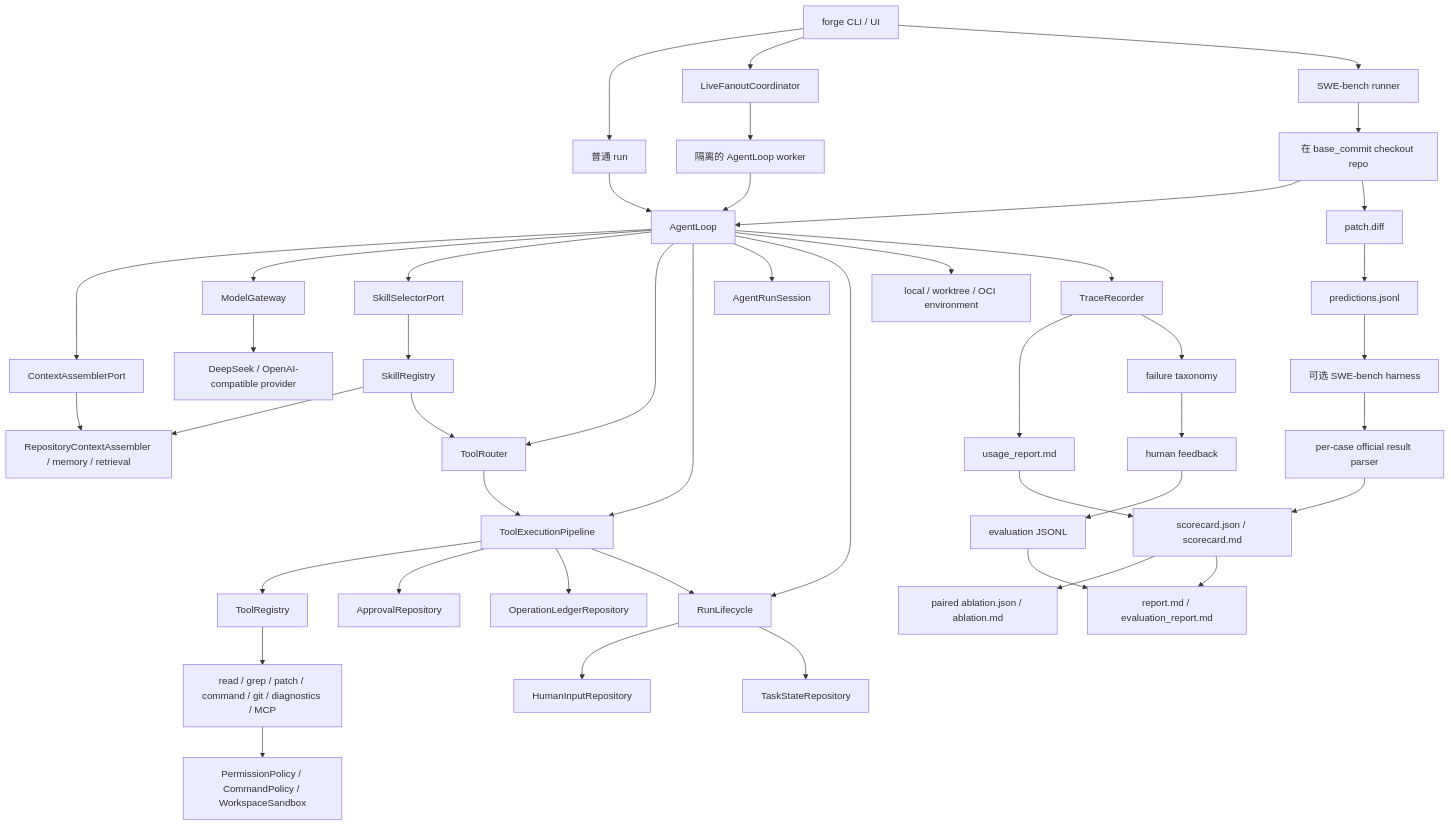
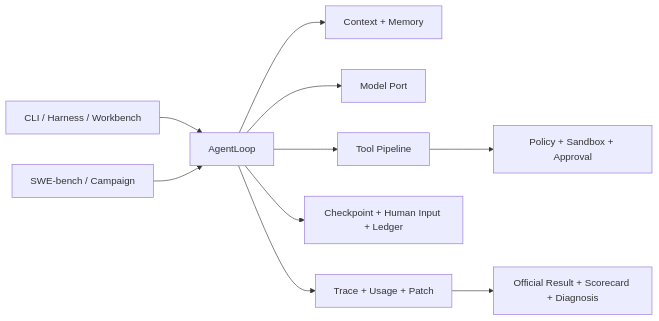
Before and after one commit to semi-hollow/NanoHarness: the diagram in README.md, drawn with Mermaid. The commit also changed other lines of this file and 4 other files, not shown here.

````diff
--- a/README.md
+++ b/README.md
@@ -365,47 +176,12 @@
 ```mermaid
-flowchart TD
-    CLI["forge CLI / UI"] --> Run["普通 run"]
-    CLI --> Fanout["LiveFanoutCoordinator"]
-    CLI --> Bench["SWE-bench runner"]
-    Bench --> Checkout["在 base_commit checkout repo"]
-    Run --> Loop["AgentLoop"]
-    Fanout --> Worker["隔离的 AgentLoop worker"]
-    Worker --> Loop
-    Checkout --> Loop
-    Loop --> ContextPort["ContextAssemblerPort"]
-    ContextPort --> Context["RepositoryContextAssembler / memory / retrieval"]
-    Loop --> Gateway["ModelGateway"]
-    Gateway --> LLM["DeepSeek / OpenAI-compatible provider"]
-    Loop --> SkillPort["SkillSelectorPort"]
-    SkillPort --> Skills["SkillRegistry"]
-    Loop --> Router["ToolRouter"]
-    Loop --> Pipeline["ToolExecutionPipeline"]
-    Loop --> Session["AgentRunSession"]
-    Skills --> Context
-    Skills --> Router
-    Router --> Pipeline
-    Pipeline --> Registry["ToolRegistry"]
-    Registry --> Tools["read / grep / patch / command / git / diagnostics / MCP"]
-    Tools --> Safety["PermissionPolicy / CommandPolicy / WorkspaceSandbox"]
-    Pipeline --> Approval["ApprovalRepository"]
-    Pipeline --> Ledger["OperationLedgerRepository"]
-    Loop --> Lifecycle["RunLifecycle"]
-    Pipeline --> Lifecycle
-    Lifecycle --> Human["HumanInputRepository"]
-    Lifecycle --> State["TaskStateRepository"]
-    Loop --> Environment["local / worktree / OCI environment"]
-    Loop --> Trace["TraceRecorder"]
-    Trace --> Usage["usage_report.md"]
-    Trace --> Diagnosis["failure taxonomy"]
-    Diagnosis --> Feedback["human feedback"]
-    Feedback --> Dataset["evaluation JSONL"]
-    Checkout --> Patch["patch.diff"]
-    Patch --> Predictions["predictions.jsonl"]
-    Predictions --> Official["可选 SWE-bench harness"]
-    Official --> Parser["per-case official result parser"]
-    Usage --> Scorecard["scorecard.json / scorecard.md"]
-    Parser --> Scorecard
-    Scorecard --> Ablation["paired ablation.json / ablation.md"]
-    Scorecard --> Report["report.md / evaluation_report.md"]
-    Dataset --> Report
+flowchart LR
+    Entry["CLI / Harness / Workbench"] --> Loop["AgentLoop"]
+    Bench["SWE-bench / Campaign"] --> Loop
+    Loop --> Context["Context + Memory"]
+    Loop --> Model["Model Port"]
+    Loop --> Tools["Tool Pipeline"]
+    Tools --> Safety["Policy + Sandbox + Approval"]
+    Loop --> State["Checkpoint + Human Input + Ledger"]
+    Loop --> Evidence["Trace + Usage + Patch"]
+    Evidence --> Eval["Official Result + Scorecard + Diagnosis"]
 ```
````
